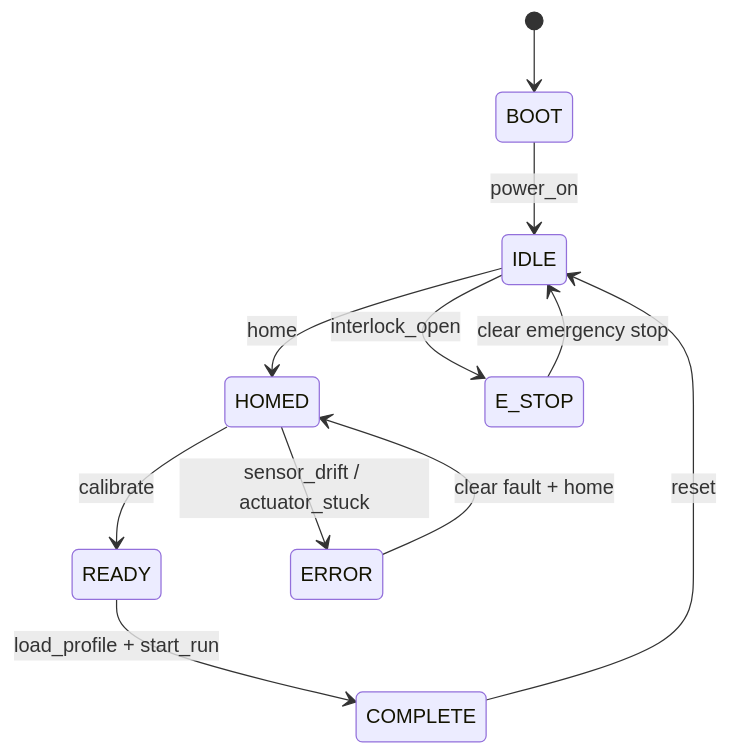
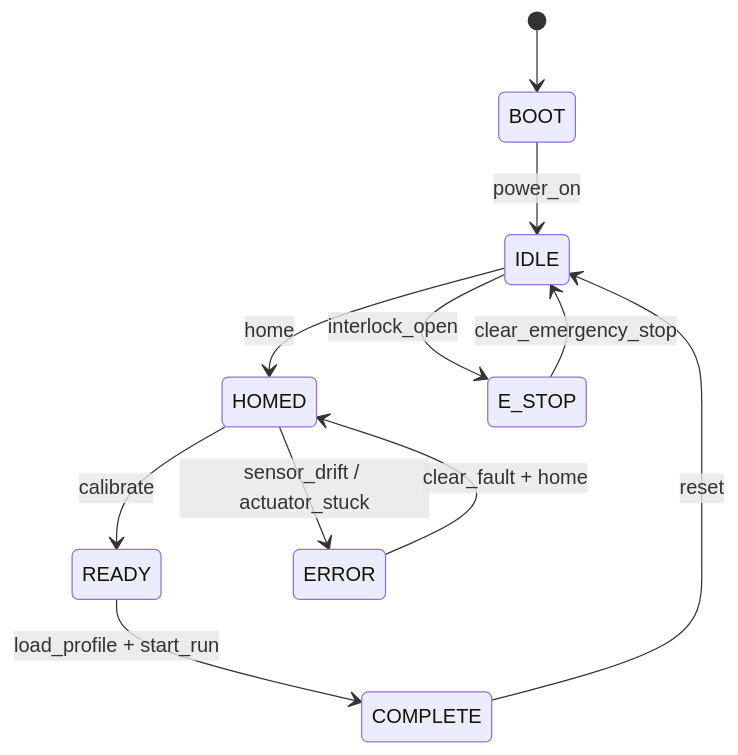
The second of 2 diagrams in README.md (KristenYue/edge-device-verification-lab), drawn with Mermaid before and after one commit. The commit also changed other lines of this file, not shown here.

````diff
--- a/README.md
+++ b/README.md
@@ -55,13 +124,14 @@
 ```mermaid
 stateDiagram-v2
     [*] --> BOOT
     BOOT --> IDLE: power_on
     IDLE --> HOMED: home
     HOMED --> READY: calibrate
     READY --> COMPLETE: load_profile + start_run
     COMPLETE --> IDLE: reset
+
     IDLE --> E_STOP: interlock_open
     HOMED --> ERROR: sensor_drift / actuator_stuck
-    ERROR --> HOMED: clear fault + home
-    E_STOP --> IDLE: clear emergency stop
+    ERROR --> HOMED: clear_fault + home
+    E_STOP --> IDLE: clear_emergency_stop
 ```
````
